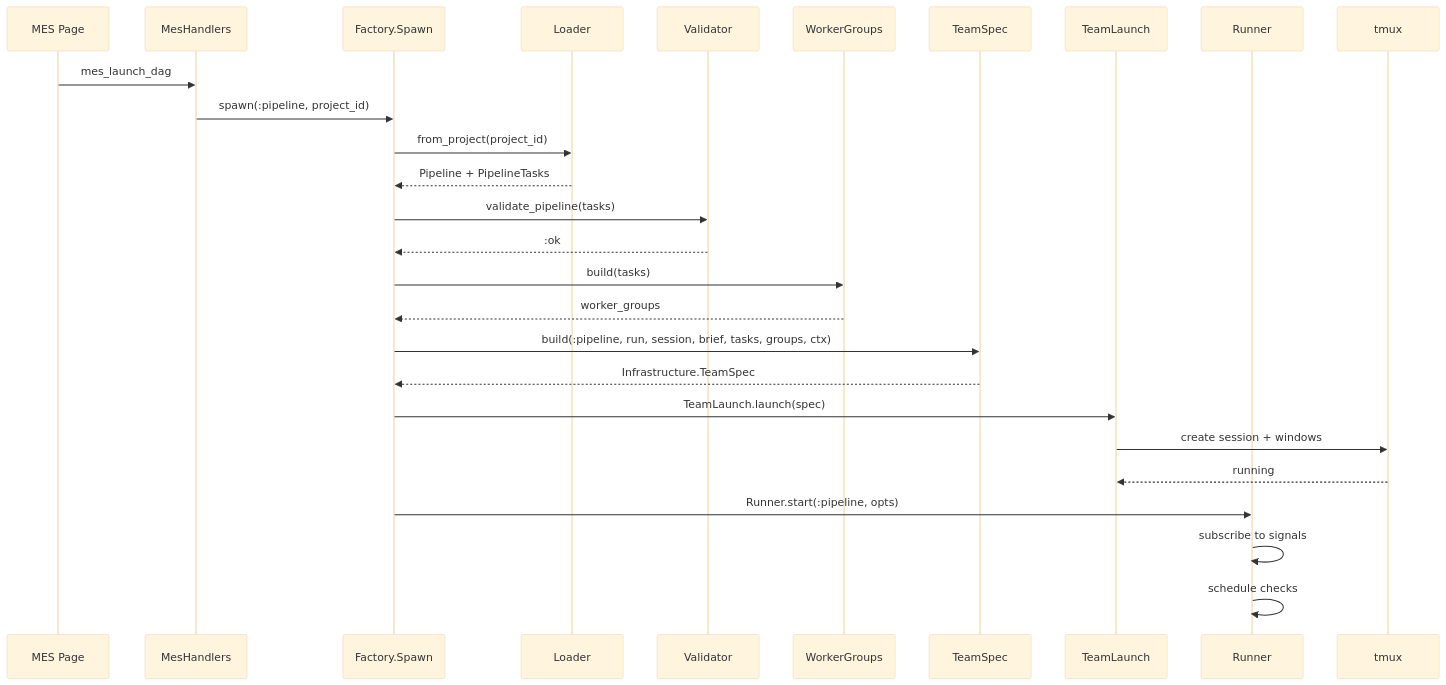
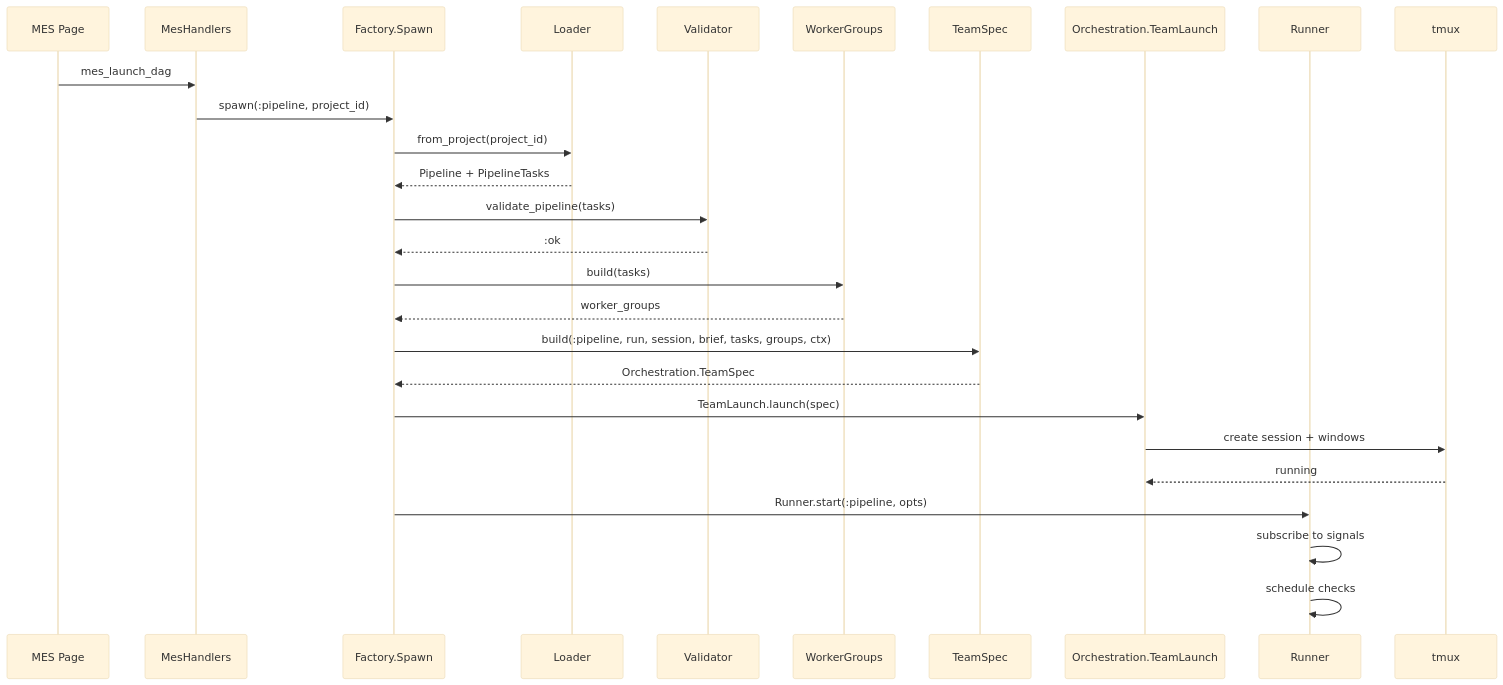
Before and after one commit to architects-of-type-IV/agent-observatory: the ninth of 21 diagrams in docs/diagrams/architecture.md, drawn with Mermaid (base theme). The commit also changed other lines of this file and 7 other files, not shown here.

First line of the commit message:
docs: sync all architecture docs to hexagonal reorg final state

````diff
--- a/docs/diagrams/architecture.md
+++ b/docs/diagrams/architecture.md
@@ -380,30 +402,30 @@
 ```mermaid
 sequenceDiagram
     participant UI as MES Page
     participant MH as MesHandlers
     participant FS as Factory.Spawn
     participant L as Loader
     participant V as Validator
     participant WG as WorkerGroups
     participant TS as TeamSpec
-    participant TL as TeamLaunch
+    participant TL as Orchestration.TeamLaunch
     participant R as Runner
     participant Tmux as tmux
 
     UI->>MH: mes_launch_dag
     MH->>FS: spawn(:pipeline, project_id)
     FS->>L: from_project(project_id)
     L-->>FS: Pipeline + PipelineTasks
     FS->>V: validate_pipeline(tasks)
     V-->>FS: :ok
     FS->>WG: build(tasks)
     WG-->>FS: worker_groups
     FS->>TS: build(:pipeline, run, session, brief, tasks, groups, ctx)
-    TS-->>FS: Infrastructure.TeamSpec
+    TS-->>FS: Orchestration.TeamSpec
     FS->>TL: TeamLaunch.launch(spec)
     TL->>Tmux: create session + windows
     Tmux-->>TL: running
     FS->>R: Runner.start(:pipeline, opts)
     R->>R: subscribe to signals
     R->>R: schedule checks
 ```
````
